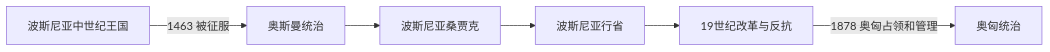
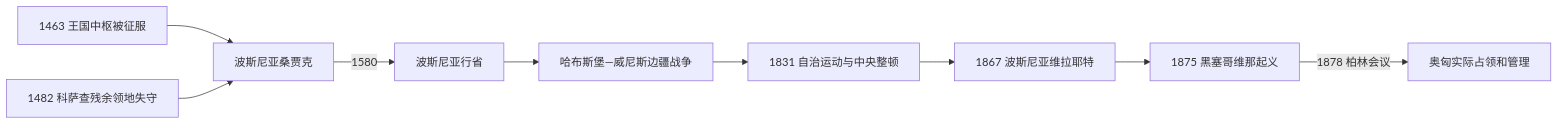
One commit to tianlan-dev/learning-notes changed the diagram in 人文科学/历史/欧洲/东南欧与巴尔干/波斯尼亚和黑塞哥维那/奥斯曼统治下的波斯尼亚.md. Above: the diagram before and after it, drawn with Mermaid. The commit also changed other lines of this file and 1417 other files, not shown here.

````diff
--- a/人文科学/历史/欧洲/东南欧与巴尔干/波斯尼亚和黑塞哥维那/奥斯曼统治下的波斯尼亚.md
+++ b/人文科学/历史/欧洲/东南欧与巴尔干/波斯尼亚和黑塞哥维那/奥斯曼统治下的波斯尼亚.md
@@ -17,8 +15,11 @@
 ```mermaid
 flowchart LR
-  Kingdom["波斯尼亚中世纪王国"] -->|"1463 被征服"| Ottoman["奥斯曼统治"]
-  Ottoman --> Sanjak["波斯尼亚桑贾克"]
-  Sanjak --> Eyalet["波斯尼亚行省"]
-  Eyalet --> Reform["19世纪改革与反抗"]
-  Reform -->|"1878 奥匈占领和管理"| AH["奥匈统治"]
+  Conquest["1463 王国中枢被征服"] --> Sanjak["波斯尼亚桑贾克"]
+  Herzegovina["1482 科萨查残余领地失守"] --> Sanjak
+  Sanjak -->|1580| Eyalet["波斯尼亚行省"]
+  Eyalet --> Frontier["哈布斯堡—威尼斯边疆战争"]
+  Frontier --> Reform["1831 自治运动与中央整顿"]
+  Reform --> Vilayet["1867 波斯尼亚维拉耶特"]
+  Vilayet --> Uprising["1875 黑塞哥维那起义"]
+  Uprising -->|1878 柏林会议| Occupation["奥匈实际占领和管理"]
 ```
````
